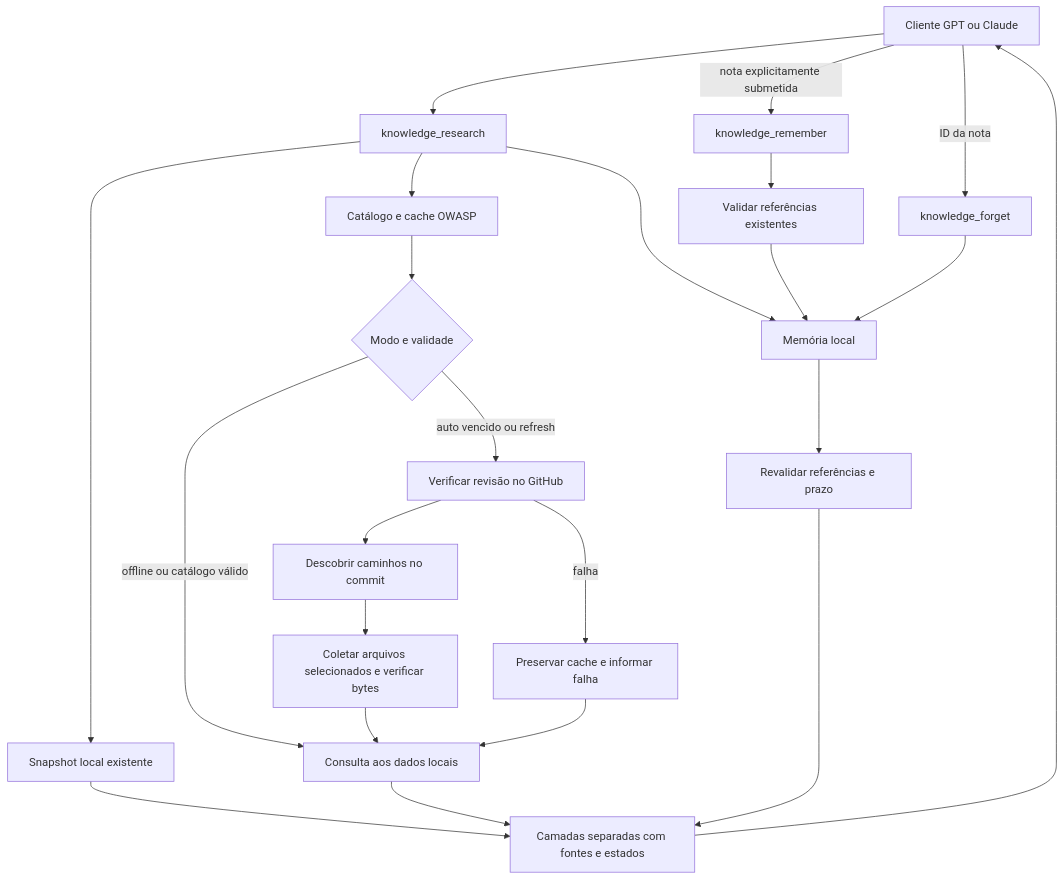
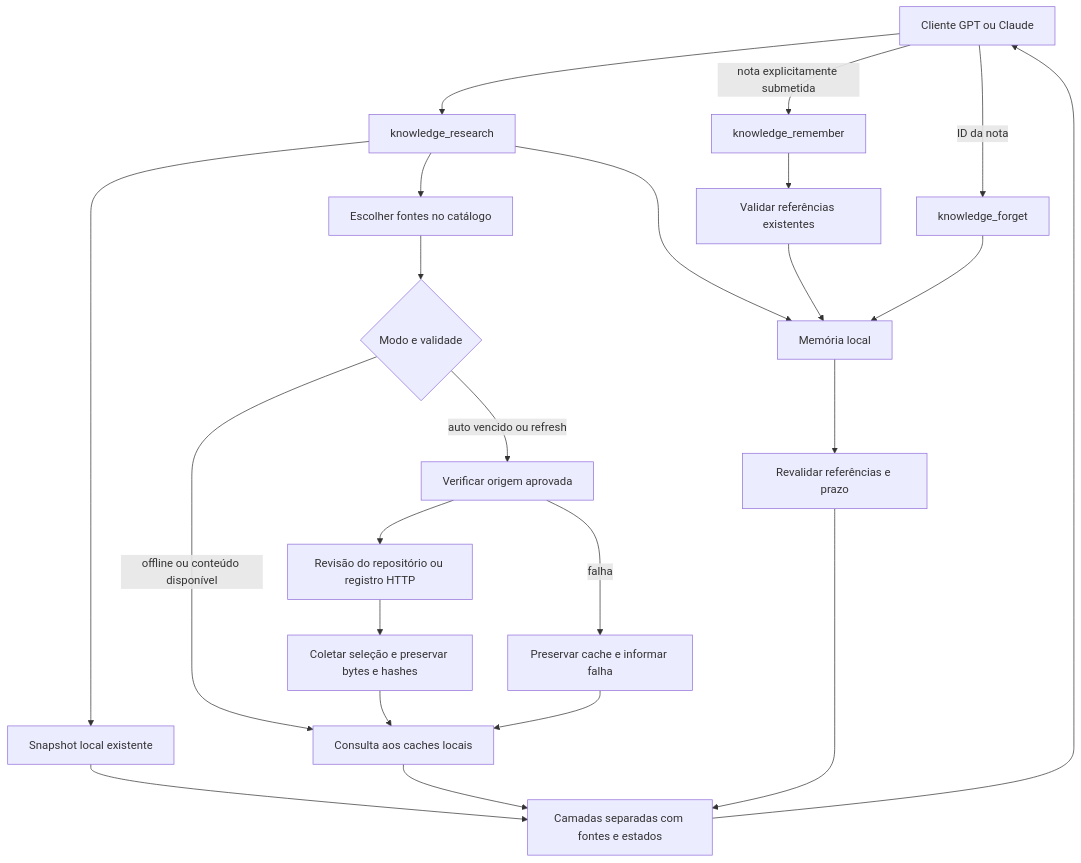
The diagram in docs/PESQUISA_SOB_DEMANDA.md (joaquimmoraesgabriel-cmyk/mcp-server-cybersecurity), drawn with Mermaid before and after one commit. The commit also changed other lines of this file and 57 other files, not shown here.

````diff
--- a/docs/PESQUISA_SOB_DEMANDA.md
+++ b/docs/PESQUISA_SOB_DEMANDA.md
@@ -7,25 +7,25 @@
 ```mermaid
 flowchart TD
     A[Cliente GPT ou Claude] --> B[knowledge_research]
     B --> C[Snapshot local existente]
-    B --> D[Catálogo e cache OWASP]
+    B --> D[Escolher fontes no catálogo]
     D --> E{Modo e validade}
-    E -->|offline ou catálogo válido| F[Consulta aos dados locais]
-    E -->|auto vencido ou refresh| G[Verificar revisão no GitHub]
-    G --> H[Descobrir caminhos no commit]
-    H --> I[Coletar arquivos selecionados e verificar bytes]
+    E -->|offline ou conteúdo disponível| F[Consulta aos caches locais]
+    E -->|auto vencido ou refresh| G[Verificar origem aprovada]
+    G --> H[Revisão do repositório ou registro HTTP]
+    H --> I[Coletar seleção e preservar bytes e hashes]
     I --> F
     G -->|falha| J[Preservar cache e informar falha]
     J --> F
     B --> K[Memória local]
     K --> L[Revalidar referências e prazo]
     C --> M[Camadas separadas com fontes e estados]
     F --> M
     L --> M
     M --> A
     A -->|nota explicitamente submetida| N[knowledge_remember]
     N --> O[Validar referências existentes]
     O --> K
     A -->|ID da nota| P[knowledge_forget]
     P --> K
 ```
````
